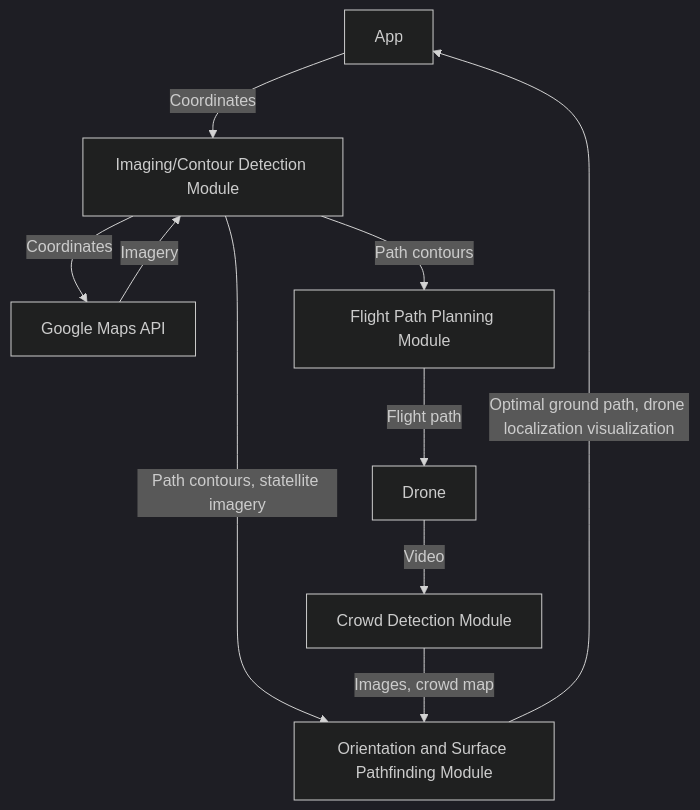
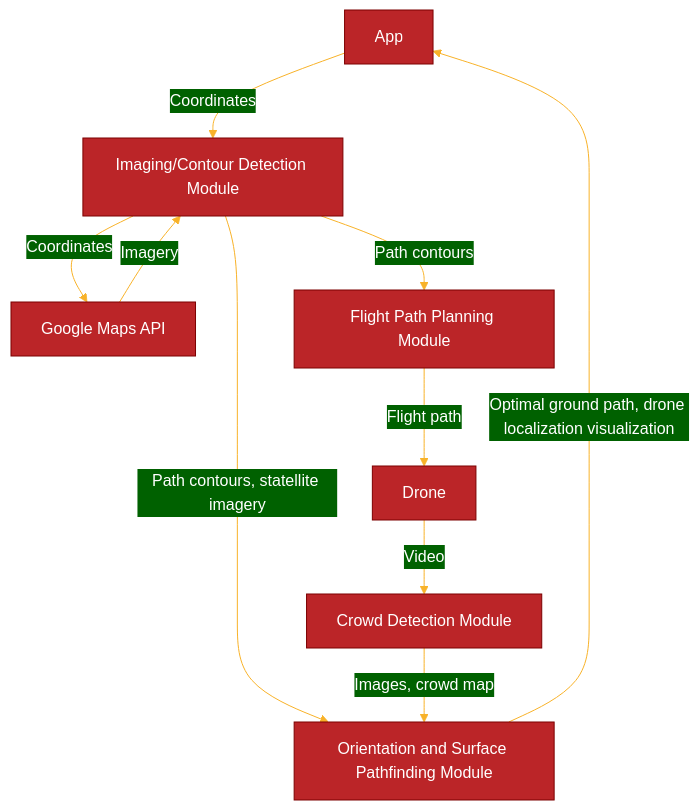
The diagram in README.md (maximuskiii/TartanHacks2024), drawn with Mermaid before and after one commit.

Commit message:
testing themes

````diff
--- a/README.md
+++ b/README.md
@@ -3,13 +3,25 @@
 ```mermaid
-%%{init: {'theme':'dark'}}%%
+%%{
+    init: {
+        'theme': 'base',
+        'themeVariables': {
+        'primaryColor': '#BB2528',
+        'primaryTextColor': '#fff',
+        'primaryBorderColor': '#7C0000',
+        'lineColor': '#F8B229',
+        'secondaryColor': '#006100',
+        'tertiaryColor': '#fff'
+        }
+    }
+}%%
 flowchart TB
     A[App] -->|Coordinates| B[Imaging/Contour Detection Module];
     B -->|Coordinates| C[Google Maps API];
     C -->|Imagery| B
     B -->|Path contours| D[Flight Path Planning Module]
     B -->|Path contours, statellite imagery| E[Orientation and Surface Pathfinding Module]
     D -->|Flight path| F[Drone]
     F -->|Video| G[Crowd Detection Module]
     G -->|Images, crowd map| E
     E -->|Optimal ground path, drone localization visualization| A
 ```
````
